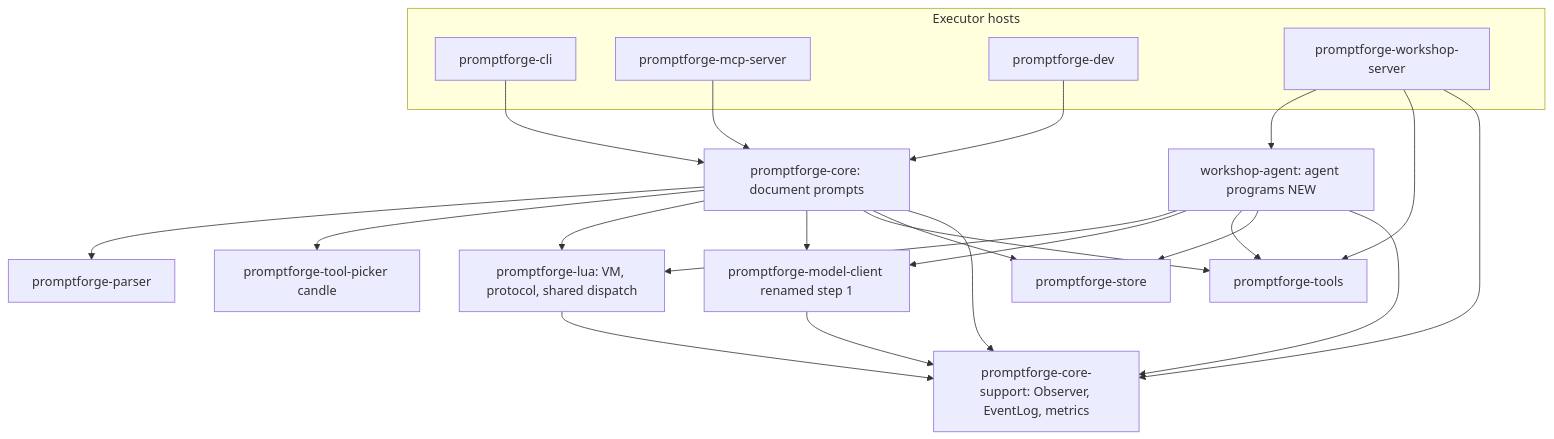
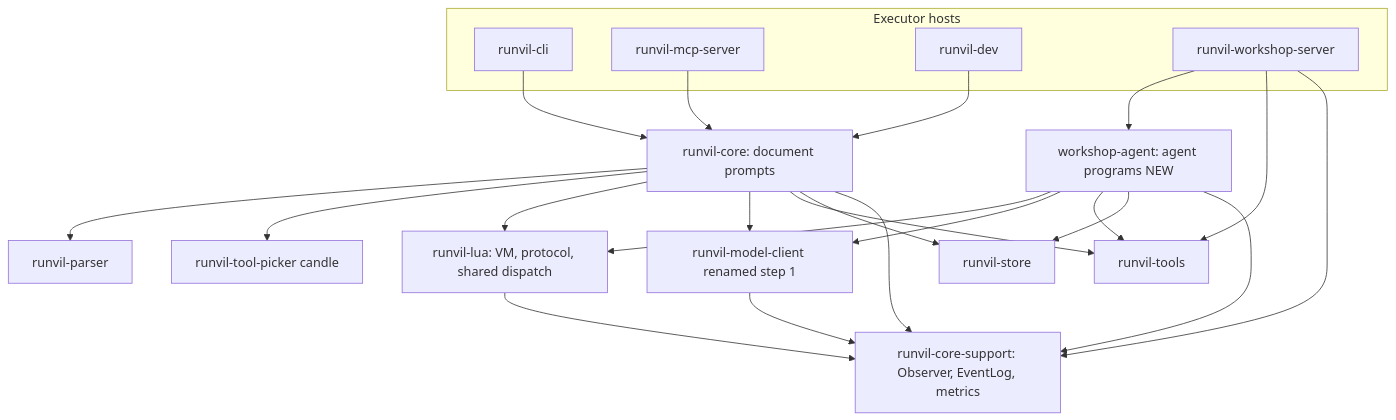
One commit to cppalliance/promptforge changed the diagram in vibe/2026-08/2026-08-31-7-interactive-webhook-tool.md. Above: the diagram before and after it, drawn with Mermaid. The commit also changed other lines of this file and 1573 other files, not shown here.

````diff
--- a/vibe/2026-08/2026-08-31-7-interactive-webhook-tool.md
+++ b/vibe/2026-08/2026-08-31-7-interactive-webhook-tool.md
@@ -101,31 +101,31 @@
 ```mermaid
 flowchart TD
     subgraph hosts [Executor hosts]
-        CLI[promptforge-cli]
-        MCP[promptforge-mcp-server]
-        DEV[promptforge-dev]
-        WS[promptforge-workshop-server]
+        CLI[runvil-cli]
+        MCP[runvil-mcp-server]
+        DEV[runvil-dev]
+        WS[runvil-workshop-server]
     end
-    CORE[promptforge-core: document prompts]
+    CORE[runvil-core: document prompts]
     AGENT[workshop-agent: agent programs NEW]
     CLI --> CORE
     MCP --> CORE
     DEV --> CORE
     WS --> AGENT
-    CORE --> PARSER[promptforge-parser]
-    CORE --> PICKER[promptforge-tool-picker candle]
-    CORE --> LUA[promptforge-lua: VM, protocol, shared dispatch]
+    CORE --> PARSER[runvil-parser]
+    CORE --> PICKER[runvil-tool-picker candle]
+    CORE --> LUA[runvil-lua: VM, protocol, shared dispatch]
     AGENT --> LUA
-    CORE --> MC[promptforge-model-client renamed step 1]
+    CORE --> MC[runvil-model-client renamed step 1]
     AGENT --> MC
-    CORE --> TOOLS[promptforge-tools]
+    CORE --> TOOLS[runvil-tools]
     AGENT --> TOOLS
     WS --> TOOLS
-    CORE --> STORE[promptforge-store]
+    CORE --> STORE[runvil-store]
     AGENT --> STORE
-    LUA --> CS[promptforge-core-support: Observer, EventLog, metrics]
+    LUA --> CS[runvil-core-support: Observer, EventLog, metrics]
     MC --> CS
     CORE --> CS
     AGENT --> CS
     WS --> CS
 ```
````
